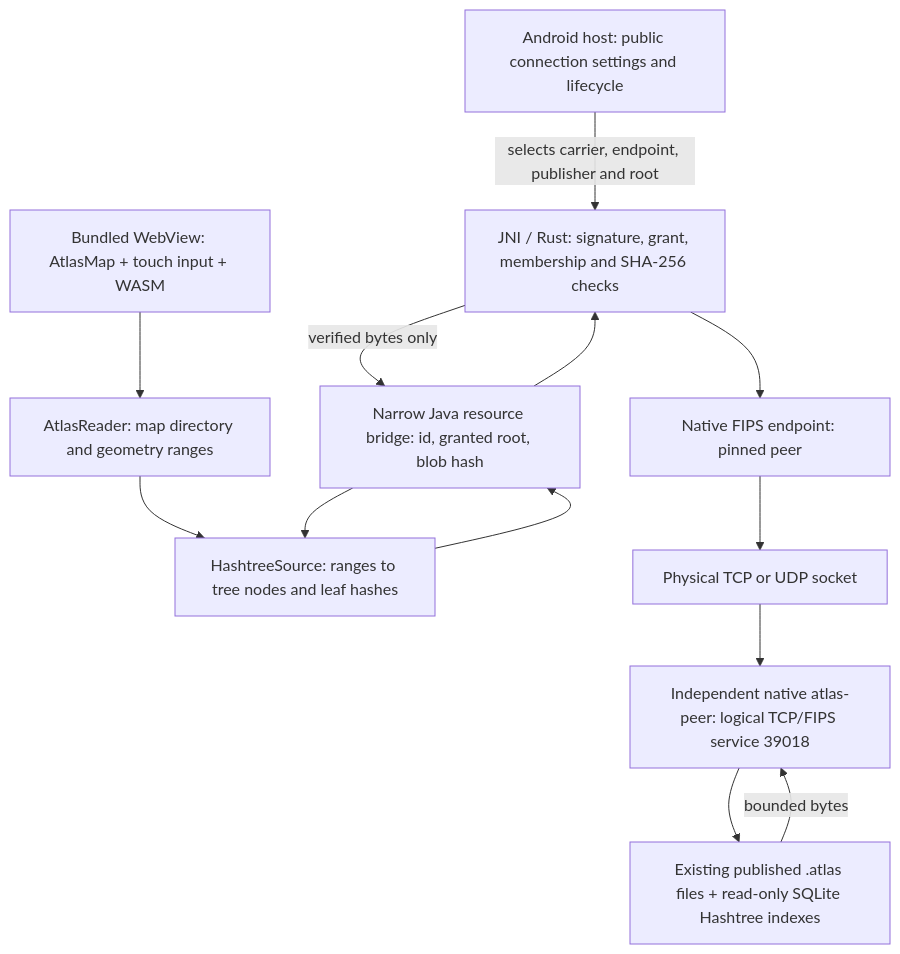
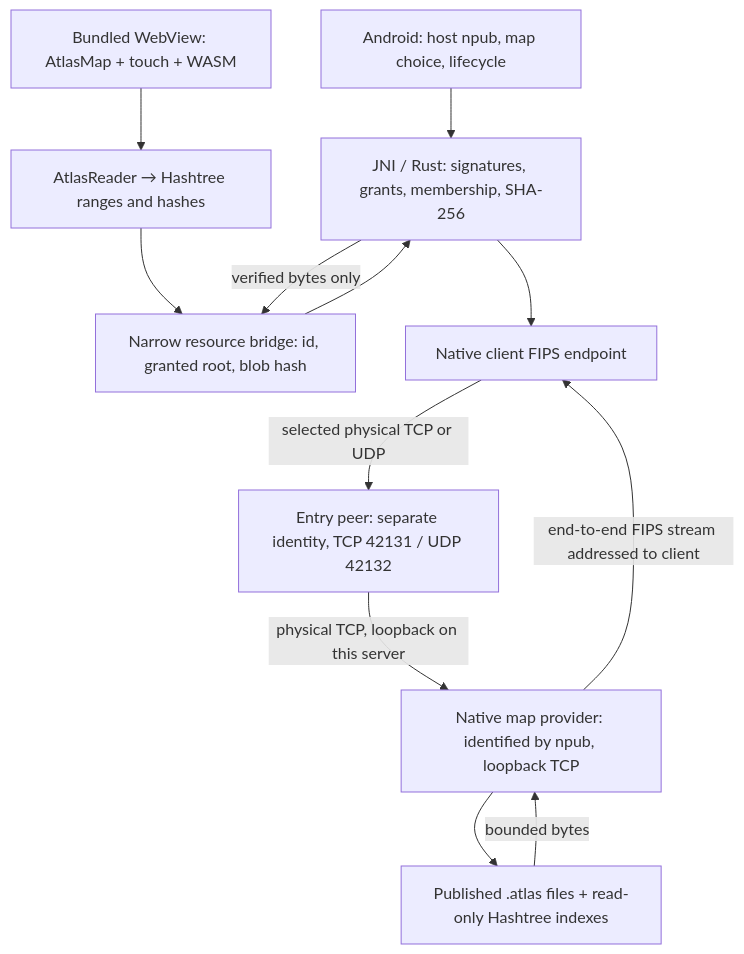
The diagram in docs/ANDROID-NATIVE-FIPS.md (zeSchlausKwab/atlas), drawn with Mermaid before and after one commit. The commit also changed other lines of this file and 11 other files, not shown here.

Commit message:
feat(android): discover Atlas hosts by npub through native FIPS mesh

````diff
--- a/docs/ANDROID-NATIVE-FIPS.md
+++ b/docs/ANDROID-NATIVE-FIPS.md
@@ -14,18 +14,20 @@
 ```mermaid
 flowchart TB
-  UI[Android host: public connection settings and lifecycle]
-  W[Bundled WebView: AtlasMap + touch input + WASM]
-  R[AtlasReader: map directory and geometry ranges]
-  H[HashtreeSource: ranges to tree nodes and leaf hashes]
-  B[Narrow Java resource bridge: id, granted root, blob hash]
-  P[JNI / Rust: signature, grant, membership and SHA-256 checks]
-  N[Native FIPS endpoint: pinned peer]
-  T[Physical TCP or UDP socket]
-  S[Independent native atlas-peer: logical TCP/FIPS service 39018]
-  F[Existing published .atlas files + read-only SQLite Hashtree indexes]
-  UI -->|selects carrier, endpoint, publisher and root| P
-  W --> R --> H --> B --> P --> N --> T --> S --> F
+  UI[Android: host npub, map choice, lifecycle]
+  W[Bundled WebView: AtlasMap + touch + WASM]
+  H[AtlasReader → Hashtree ranges and hashes]
+  B[Narrow resource bridge: id, granted root, blob hash]
+  P[JNI / Rust: signatures, grants, membership, SHA-256]
+  E[Native client FIPS endpoint]
+  G[Entry peer: separate identity, TCP 42131 / UDP 42132]
+  S[Native map provider: identified by npub, loopback TCP]
+  F[Published .atlas files + read-only Hashtree indexes]
+  UI --> P
+  W --> H --> B --> P --> E
+  E -->|selected physical TCP or UDP| G
+  G -->|physical TCP, loopback on this server| S
+  S --> F
   F -->|bounded bytes| S
+  S -->|end-to-end FIPS stream addressed to client| E
   P -->|verified bytes only| B
-  B --> H
 ```
````
